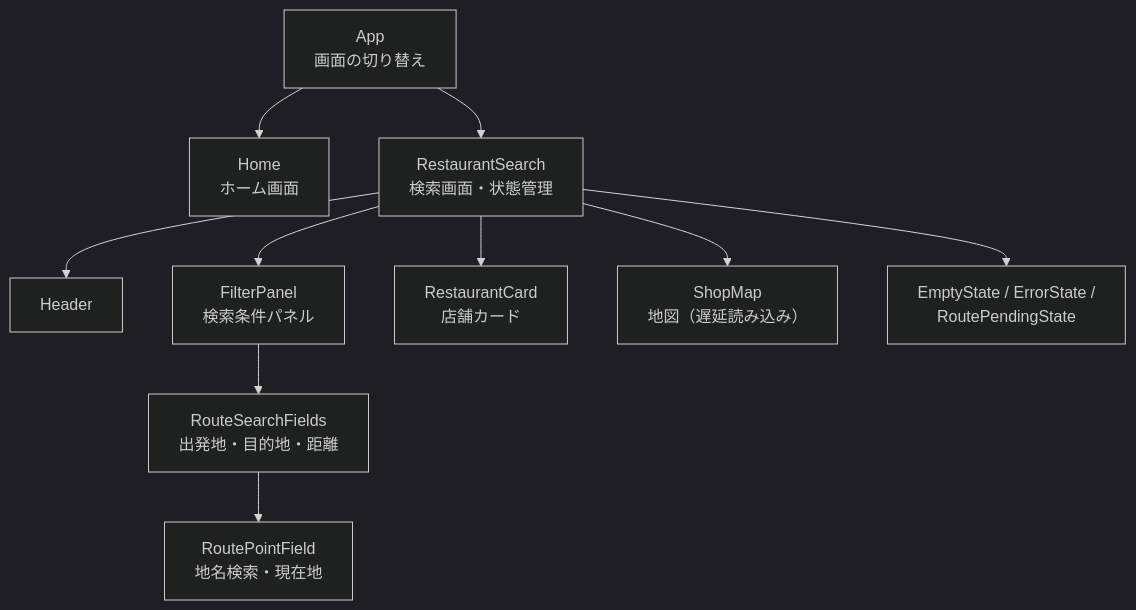
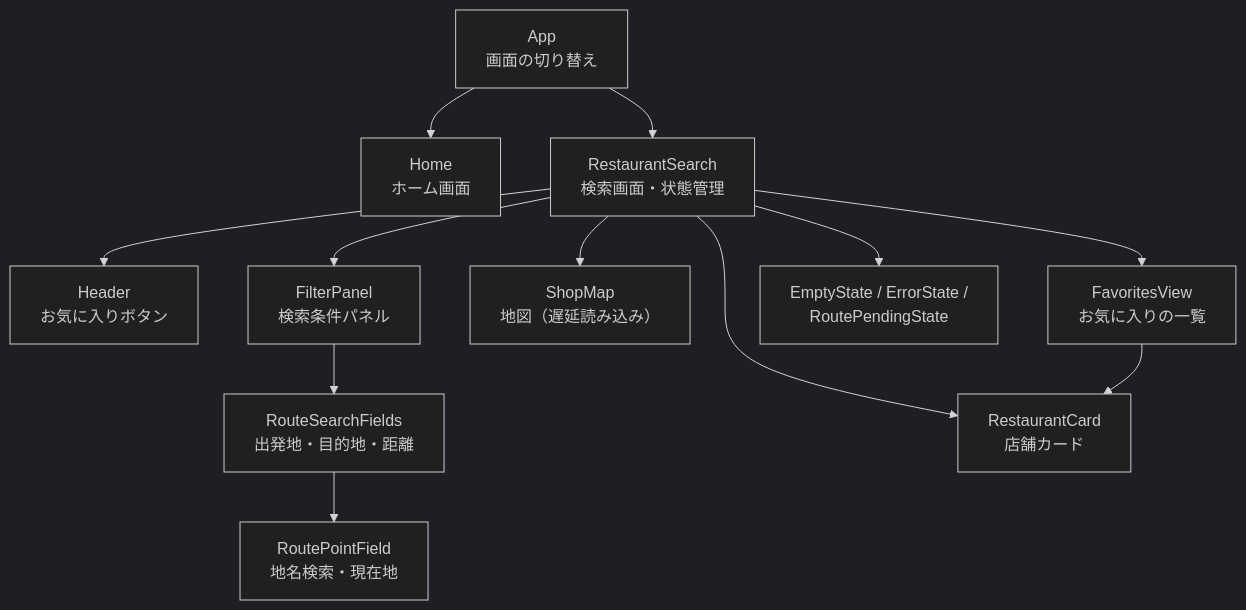
One commit to yokotaka9160/Find-Restaurant-App changed the second of 8 diagrams in docs/design.md. Above: the diagram before and after it, drawn with Mermaid (dark theme). The commit also changed other lines of this file and 16 other files, not shown here.

````diff
--- a/docs/design.md
+++ b/docs/design.md
@@ -76,12 +77,14 @@
 ```mermaid
 flowchart TD
   App["App<br/>画面の切り替え"] --> Home["Home<br/>ホーム画面"]
   App --> Search["RestaurantSearch<br/>検索画面・状態管理"]
-  Search --> Header["Header"]
+  Search --> Header["Header<br/>お気に入りボタン"]
   Search --> FilterPanel["FilterPanel<br/>検索条件パネル"]
   FilterPanel --> RouteFields["RouteSearchFields<br/>出発地・目的地・距離"]
   RouteFields --> PointField["RoutePointField<br/>地名検索・現在地"]
   Search --> Card["RestaurantCard<br/>店舗カード"]
   Search --> Map["ShopMap<br/>地図（遅延読み込み）"]
+  Search --> Favorites["FavoritesView<br/>お気に入りの一覧"]
+  Favorites --> Card
   Search --> States["EmptyState / ErrorState /<br/>RoutePendingState"]
 ```
````
